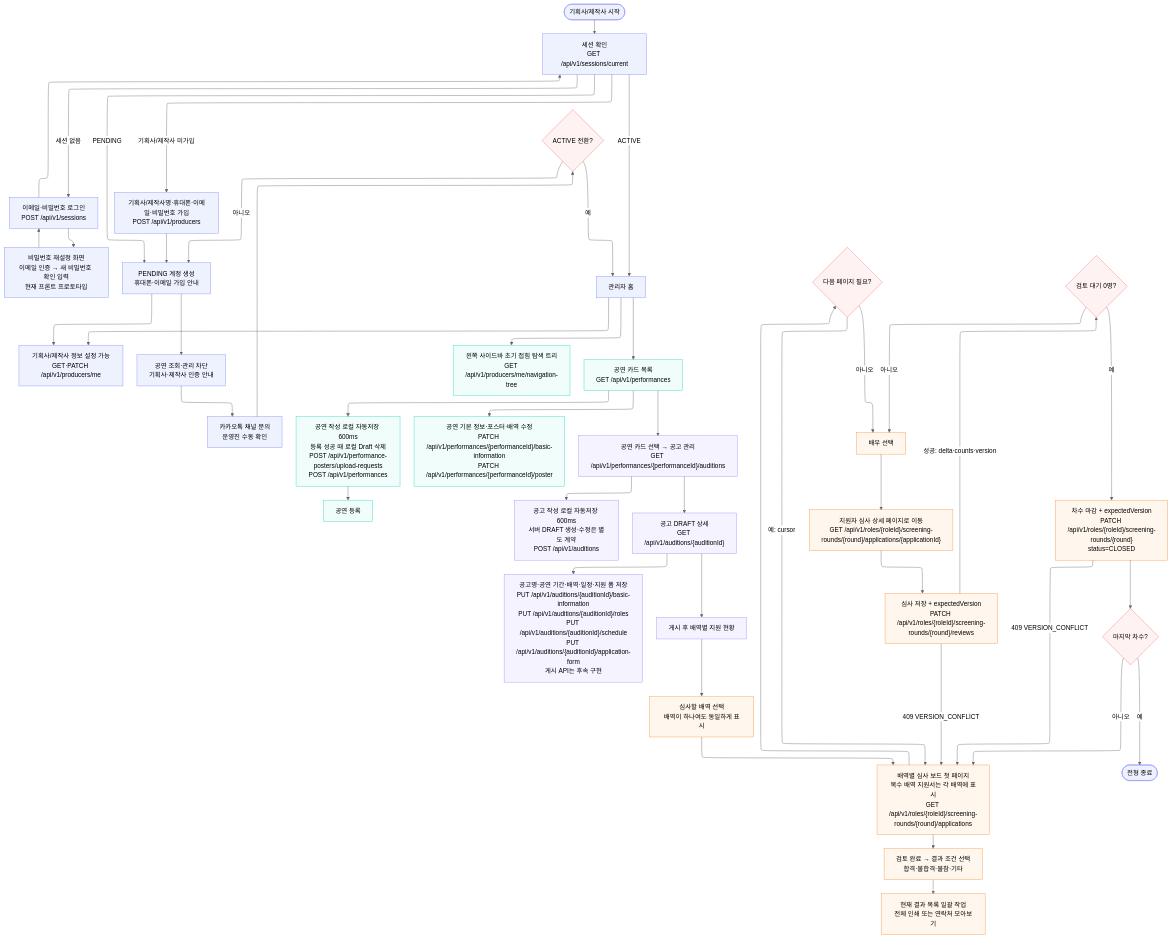
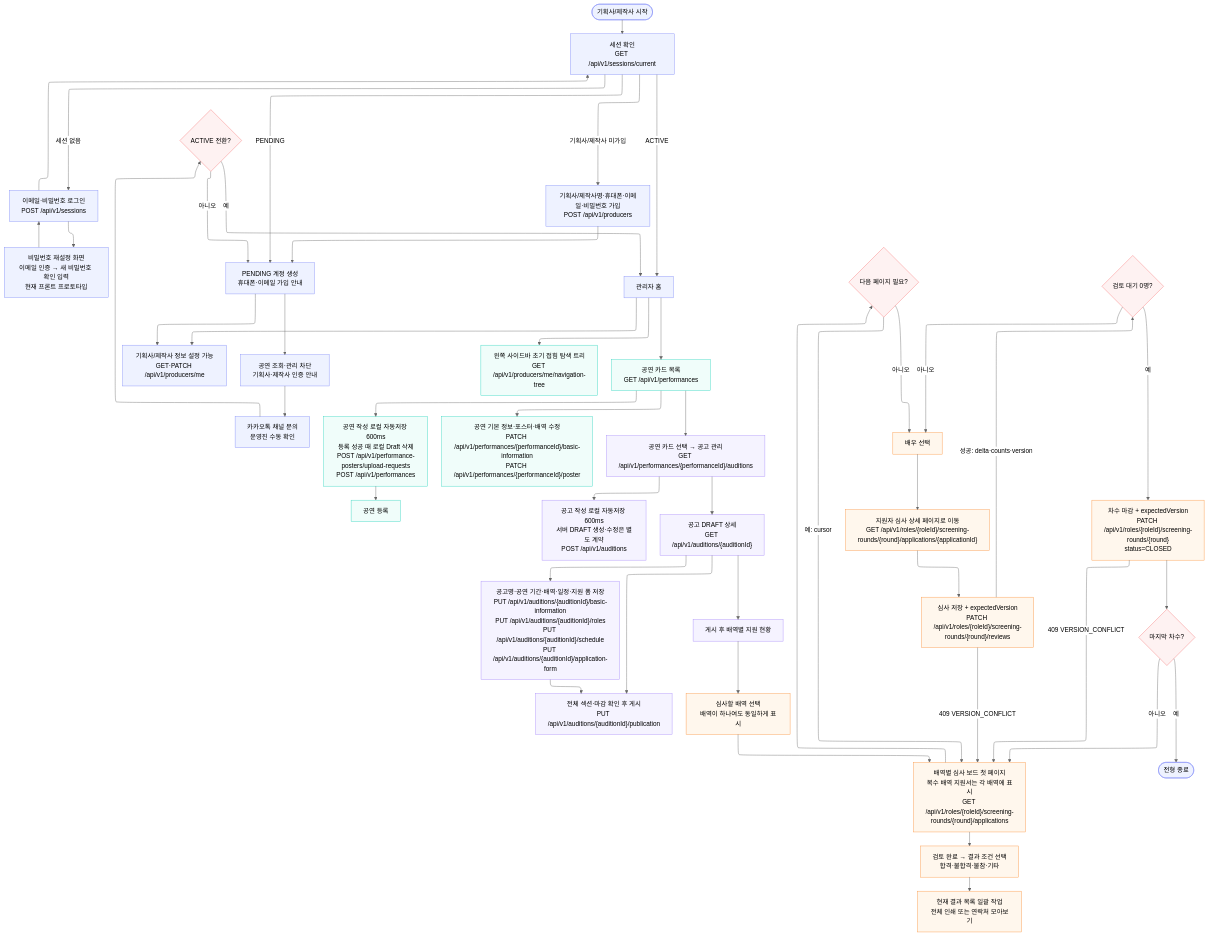
The diagram in docs/development/flows/producer.mmd (woowacourse-teams/2026-yesulin), drawn with Mermaid (neutral theme) before and after one commit. The commit also changed 18 other files, not shown here.

```diff
--- a/docs/development/flows/producer.mmd
+++ b/docs/development/flows/producer.mmd
@@ -1,53 +1,54 @@
 ---
 config:
   layout: elk
 ---
 flowchart TB
     START(["기획사/제작사 시작"]) --> SESSION["세션 확인<br>GET /api/v1/sessions/current"]
     SESSION -- 세션 없음 --> LOGIN["이메일·비밀번호 로그인<br>POST /api/v1/sessions"]
     LOGIN --> PASSWORD_RESET["비밀번호 재설정 화면<br>이메일 인증 → 새 비밀번호 확인 입력<br>현재 프론트 프로토타입"]
     PASSWORD_RESET --> LOGIN
     LOGIN --> SESSION
     SESSION -- 기획사/제작사 미가입 --> SIGNUP["기획사/제작사명·휴대폰·이메일·비밀번호 가입<br>POST /api/v1/producers"]
     SIGNUP --> PENDING["PENDING 계정 생성<br>휴대폰·이메일 가입 안내"]
     SESSION -- PENDING --> PENDING
     PENDING --> PROFILE["기획사/제작사 정보 설정 가능<br>GET·PATCH /api/v1/producers/me"]
     PENDING --> BLOCKED["공연 조회·관리 차단<br>기획사·제작사 인증 안내"]
     BLOCKED --> CONTACT["카카오톡 채널 문의<br>운영진 수동 확인"]
     CONTACT --> ACTIVE{"ACTIVE 전환?"}
     ACTIVE -- 아니오 --> PENDING
     ACTIVE -- 예 --> HOME["관리자 홈"]
     SESSION -- ACTIVE --> HOME
     HOME --> NAV["왼쪽 사이드바 초기 접힘 탐색 트리<br>GET /api/v1/producers/me/navigation-tree"] & PROFILE & PERF["공연 카드 목록<br>GET /api/v1/performances"]
     PERF --> NEW_PERF["공연 작성 로컬 자동저장 600ms<br>등록 성공 때 로컬 Draft 삭제<br>POST /api/v1/performance-posters/upload-requests<br>POST /api/v1/performances"] & EDIT_PERF["공연 기본 정보·포스터·배역 수정<br>PATCH /api/v1/performances/{performanceId}/basic-information<br>PATCH /api/v1/performances/{performanceId}/poster"] & POSTINGS["공연 카드 선택 → 공고 관리<br>GET /api/v1/performances/{performanceId}/auditions"]
     NEW_PERF --> CREATE_PERF["공연 등록"]
     POSTINGS --> CREATE_POSTING["공고 작성 로컬 자동저장 600ms<br>서버 DRAFT 생성·수정은 별도 계약<br>POST /api/v1/auditions"] & POSTING_DETAIL["공고 DRAFT 상세<br>GET /api/v1/auditions/{auditionId}"]
-    POSTING_DETAIL --> EDIT_POSTING["공고명·공연 기간·배역·일정·지원 폼 저장<br>PUT /api/v1/auditions/{auditionId}/basic-information<br>PUT /api/v1/auditions/{auditionId}/roles<br>PUT /api/v1/auditions/{auditionId}/schedule<br>PUT /api/v1/auditions/{auditionId}/application-form<br>게시 API는 후속 구현"] & ROLES["게시 후 배역별 지원 현황"]
+    POSTING_DETAIL --> EDIT_POSTING["공고명·공연 기간·배역·일정·지원 폼 저장<br>PUT /api/v1/auditions/{auditionId}/basic-information<br>PUT /api/v1/auditions/{auditionId}/roles<br>PUT /api/v1/auditions/{auditionId}/schedule<br>PUT /api/v1/auditions/{auditionId}/application-form"] & PUBLISH["전체 섹션·마감 확인 후 게시<br>PUT /api/v1/auditions/{auditionId}/publication"] & ROLES["게시 후 배역별 지원 현황"]
+    EDIT_POSTING --> PUBLISH
     ROLES --> CHOOSE_ROLE["심사할 배역 선택<br>배역이 하나여도 동일하게 표시"]
     CHOOSE_ROLE --> BOARD["배역별 심사 보드 첫 페이지<br>복수 배역 지원서는 각 배역에 표시<br>GET /api/v1/roles/{roleId}/screening-rounds/{round}/applications"]
     BOARD --> RESULT_FILTER["검토 완료 → 결과 조건 선택<br>합격·불합격·불참·기타"]
     RESULT_FILTER --> GROUP_ACTION["현재 결과 목록 일괄 작업<br>전체 인쇄 또는 연락처 모아보기"]
     BOARD --> MORE{"다음 페이지 필요?"}
     MORE -- 예: cursor --> BOARD
     MORE -- 아니오 --> SELECT["배우 선택"]
     SELECT --> APP_DETAIL["지원자 심사 상세 페이지로 이동<br>GET /api/v1/roles/{roleId}/screening-rounds/{round}/applications/{applicationId}"]
     APP_DETAIL --> REVIEW["심사 저장 + expectedVersion<br>PATCH /api/v1/roles/{roleId}/screening-rounds/{round}/reviews"]
     REVIEW -- 409 VERSION_CONFLICT --> BOARD
     REVIEW -- 성공: delta·counts·version --> DONE{"검토 대기 0명?"}
     DONE -- 아니오 --> SELECT
     DONE -- 예 --> CLOSE["차수 마감 + expectedVersion<br>PATCH /api/v1/roles/{roleId}/screening-rounds/{round}<br>status=CLOSED"]
     CLOSE -- 409 VERSION_CONFLICT --> BOARD
     CLOSE --> LAST{"마지막 차수?"}
     LAST -- 아니오 --> BOARD
     LAST -- 예 --> FINISH(["전형 종료"])
 
     classDef authNode stroke:#818cf8,fill:#eef2ff
     classDef perfNode stroke:#2dd4bf,fill:#f0fdfa
     classDef postingNode stroke:#a78bfa,fill:#f5f3ff
     classDef screeningNode stroke:#fb923c,fill:#fff7ed
     classDef decisionNode stroke:#f87171,fill:#fef2f2
     class START,SESSION,LOGIN,PASSWORD_RESET,SIGNUP,PENDING,PROFILE,BLOCKED,CONTACT,HOME,FINISH authNode
     class ACTIVE,MORE,DONE,LAST decisionNode
     class NAV,PERF,NEW_PERF,EDIT_PERF,CREATE_PERF perfNode
-    class POSTINGS,CREATE_POSTING,POSTING_DETAIL,EDIT_POSTING,ROLES postingNode
+    class POSTINGS,CREATE_POSTING,POSTING_DETAIL,EDIT_POSTING,PUBLISH,ROLES postingNode
     class BOARD,CHOOSE_ROLE,RESULT_FILTER,GROUP_ACTION,SELECT,APP_DETAIL,REVIEW,CLOSE screeningNode
```
